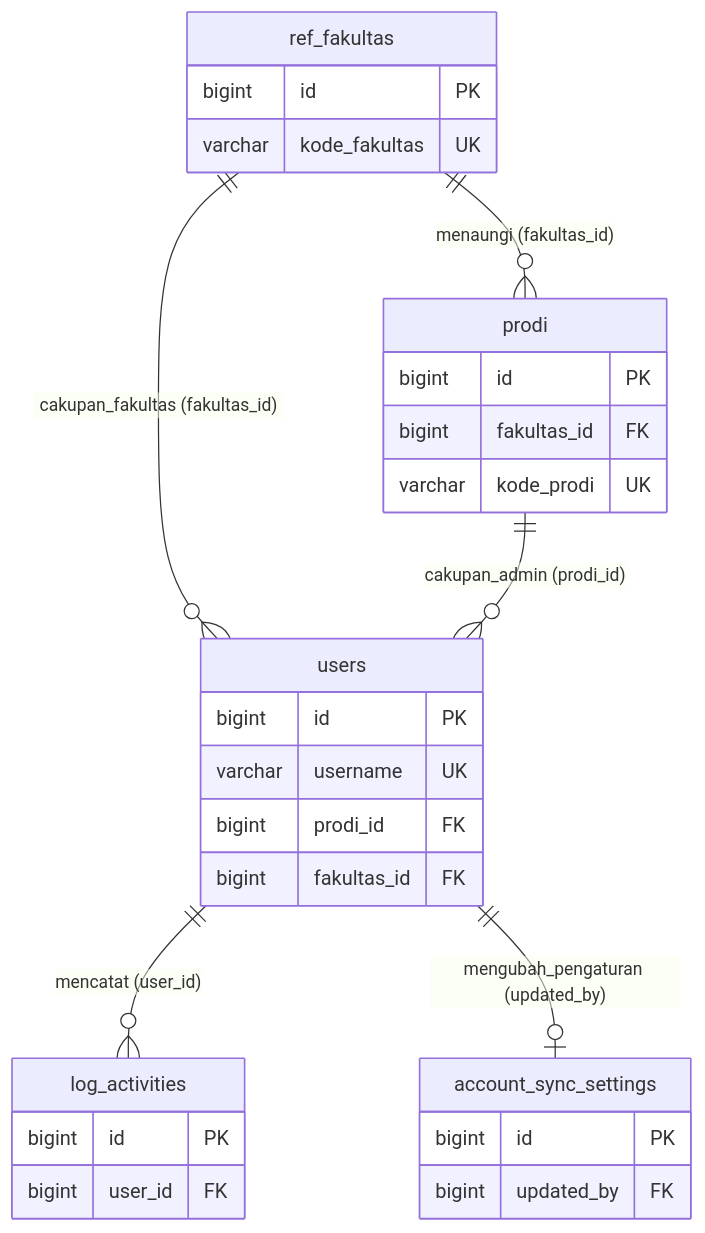
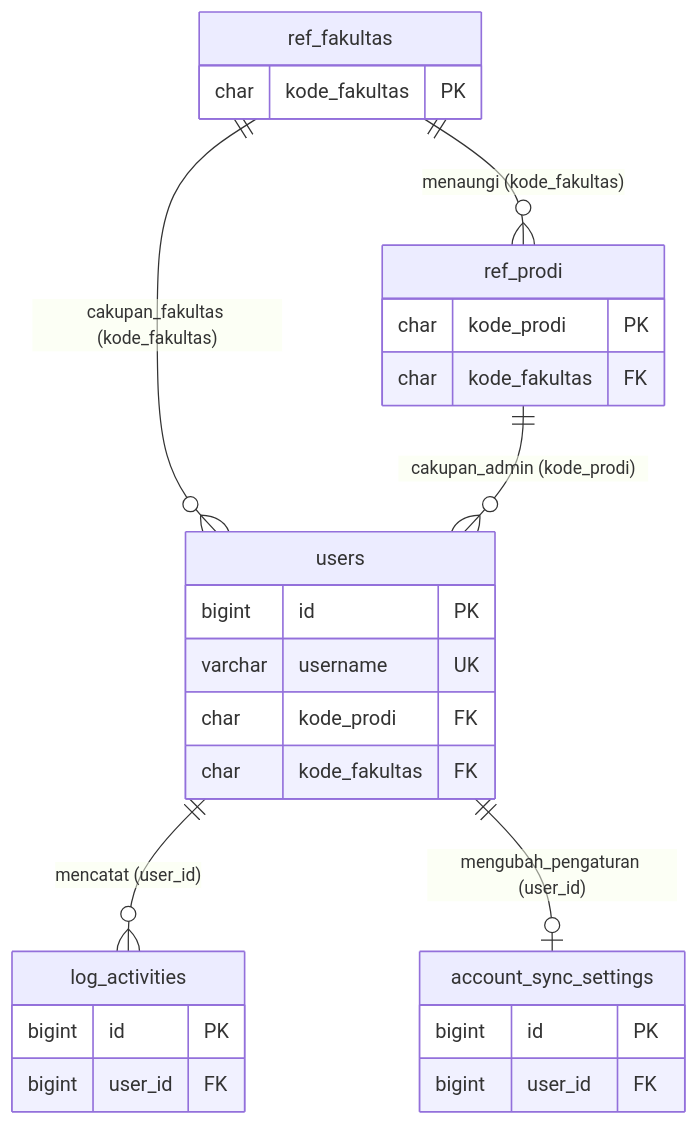
One commit to claraanjelitakd/tugas-akhir changed the second of 10 diagrams in ERD.md. Above: the diagram before and after it, drawn with Mermaid. The commit also changed other lines of this file and 161 other files, not shown here.

````diff
--- a/ERD.md
+++ b/ERD.md
@@ -157,36 +158,34 @@
 ```mermaid
 erDiagram
-    ref_fakultas ||--o{ prodi : "menaungi (fakultas_id)"
-    ref_fakultas ||--o{ users : "cakupan_fakultas (fakultas_id)"
-    prodi ||--o{ users : "cakupan_admin (prodi_id)"
+    ref_fakultas ||--o{ ref_prodi : "menaungi (kode_fakultas)"
+    ref_fakultas ||--o{ users : "cakupan_fakultas (kode_fakultas)"
+    ref_prodi ||--o{ users : "cakupan_admin (kode_prodi)"
     users ||--o{ log_activities : "mencatat (user_id)"
-    users ||--o| account_sync_settings : "mengubah_pengaturan (updated_by)"
+    users ||--o| account_sync_settings : "mengubah_pengaturan (user_id)"
 
     ref_fakultas {
-        bigint id PK
-        varchar kode_fakultas UK
+        char kode_fakultas PK
     }
 
-    prodi {
-        bigint id PK
-        bigint fakultas_id FK
-        varchar kode_prodi UK
+    ref_prodi {
+        char kode_prodi PK
+        char kode_fakultas FK
     }
 
     users {
         bigint id PK
         varchar username UK
-        bigint prodi_id FK
-        bigint fakultas_id FK
+        char kode_prodi FK
+        char kode_fakultas FK
     }
 
     log_activities {
         bigint id PK
         bigint user_id FK
     }
 
     account_sync_settings {
         bigint id PK
-        bigint updated_by FK
+        bigint user_id FK
     }
 ```
````
